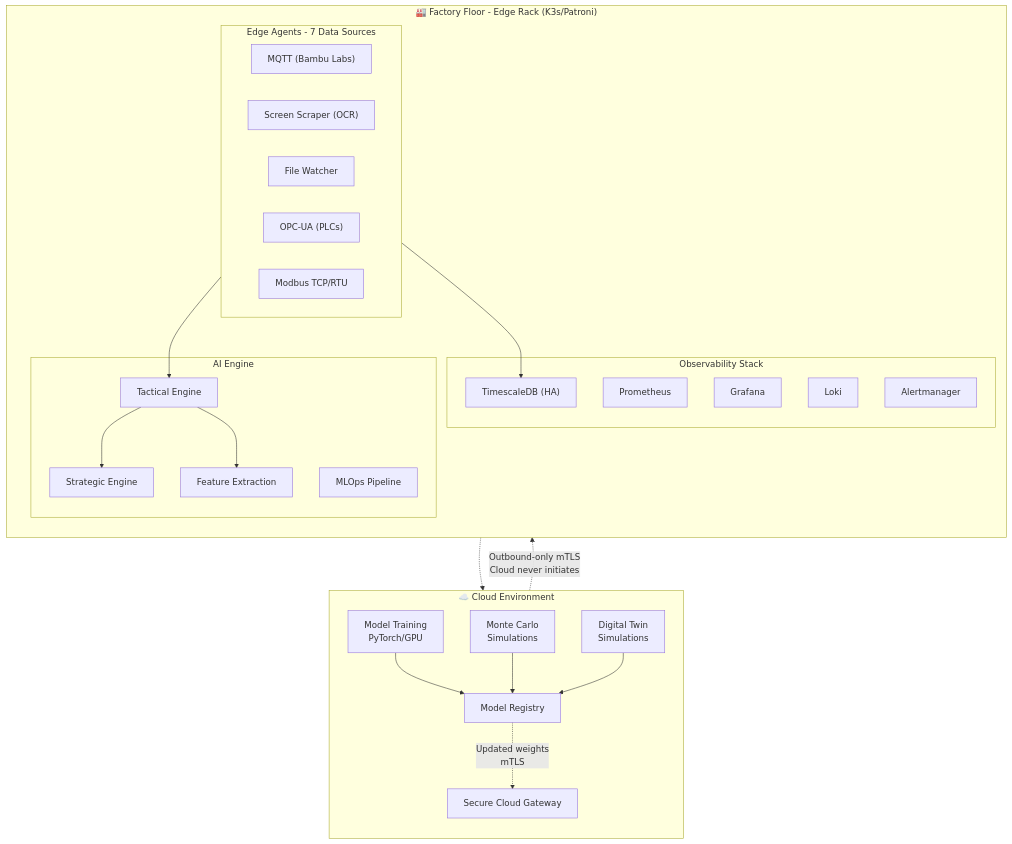
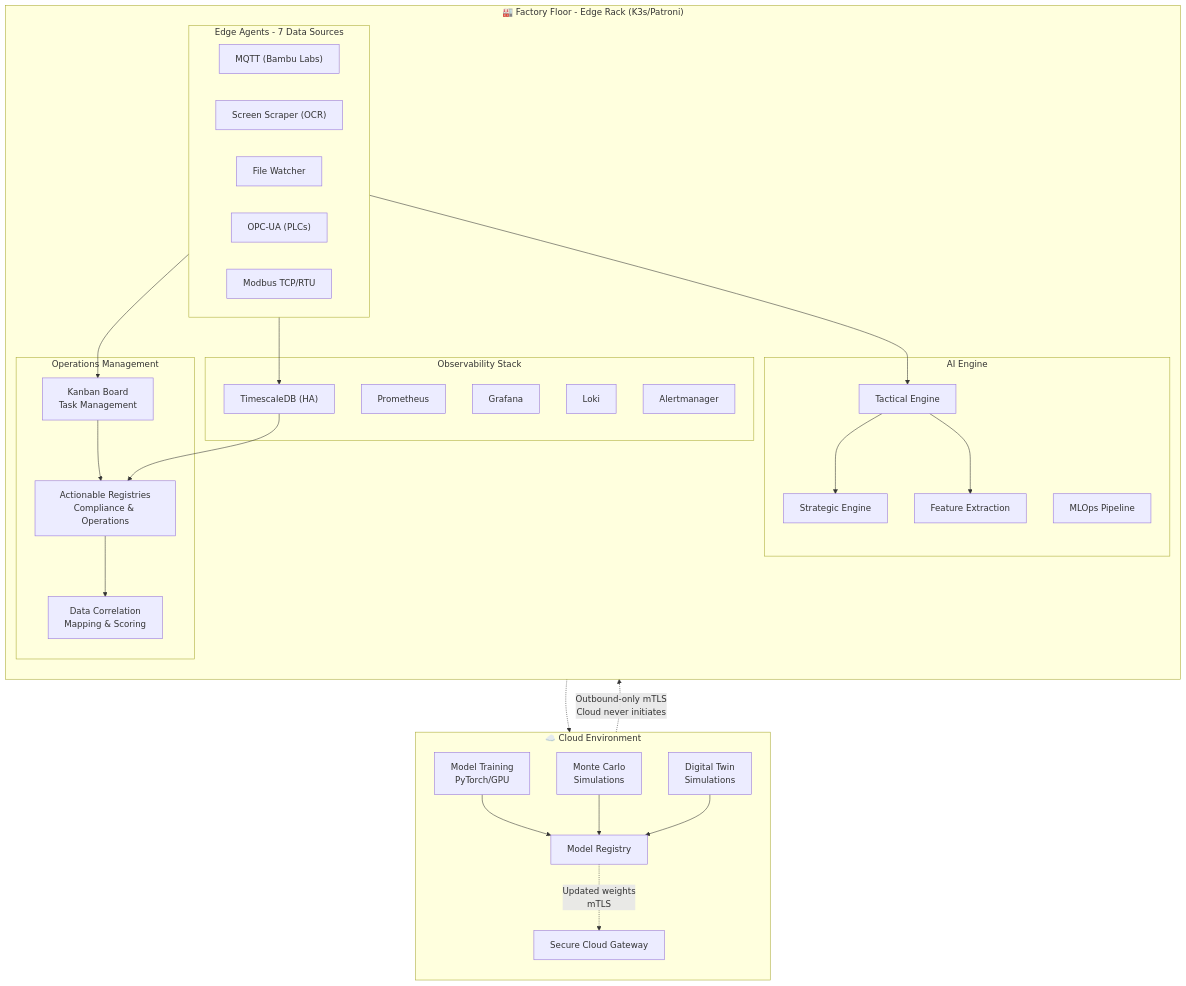
Before and after one commit to SoundSafe-Dev/OmniusGrid-X: the diagram in README.md, drawn with Mermaid. The commit also changed other lines of this file and 13 other files, not shown here.

First line of the commit message:
Add Kanban board enhancements and Actionable Registries feature

````diff
--- a/README.md
+++ b/README.md
@@ -41,49 +43,59 @@
 ```mermaid
 flowchart TB
     subgraph CLOUD["☁️ Cloud Environment"]
         direction TB
         MT["Model Training<br/>PyTorch/GPU"]
         MC["Monte Carlo<br/>Simulations"]
         DT["Digital Twin<br/>Simulations"]
         MR["Model Registry"]
         CG["Secure Cloud Gateway"]
         MT --> MR
         MC --> MR
         DT --> MR
     end
 
     MR -. "Updated weights<br/>mTLS" .-> CG
 
     subgraph EDGE["🏭 Factory Floor - Edge Rack (K3s/Patroni)"]
         direction TB
         subgraph OBS["Observability Stack"]
             PROM["Prometheus"]
             GRAF["Grafana"]
             LOKI["Loki"]
             ALERT["Alertmanager"]
             TSDB["TimescaleDB (HA)"]
         end
 
         subgraph AI["AI Engine"]
             TACT["Tactical Engine"]
             STRAT["Strategic Engine"]
             MLOPS["MLOps Pipeline"]
             FEAT["Feature Extraction"]
         end
 
         subgraph AGENTS["Edge Agents - 7 Data Sources"]
             MQTT["MQTT (Bambu Labs)"]
             SCRAPER["Screen Scraper (OCR)"]
             FILE["File Watcher"]
             OPC["OPC-UA (PLCs)"]
             MODBUS["Modbus TCP/RTU"]
         end
+
+        subgraph OPS["Operations Management"]
+            KANBAN["Kanban Board<br/>Task Management"]
+            REG["Actionable Registries<br/>Compliance & Operations"]
+            CORR["Data Correlation<br/>Mapping & Scoring"]
+        end
     end
 
     CG -. "Outbound-only mTLS<br/>Cloud never initiates" .-> EDGE
     AGENTS --> TACT
     AGENTS --> TSDB
+    AGENTS --> KANBAN
     TACT --> STRAT
     TACT --> FEAT
     FEAT -.-> CG
+    KANBAN --> REG
+    REG --> CORR
+    TSDB --> REG
 ```
````
